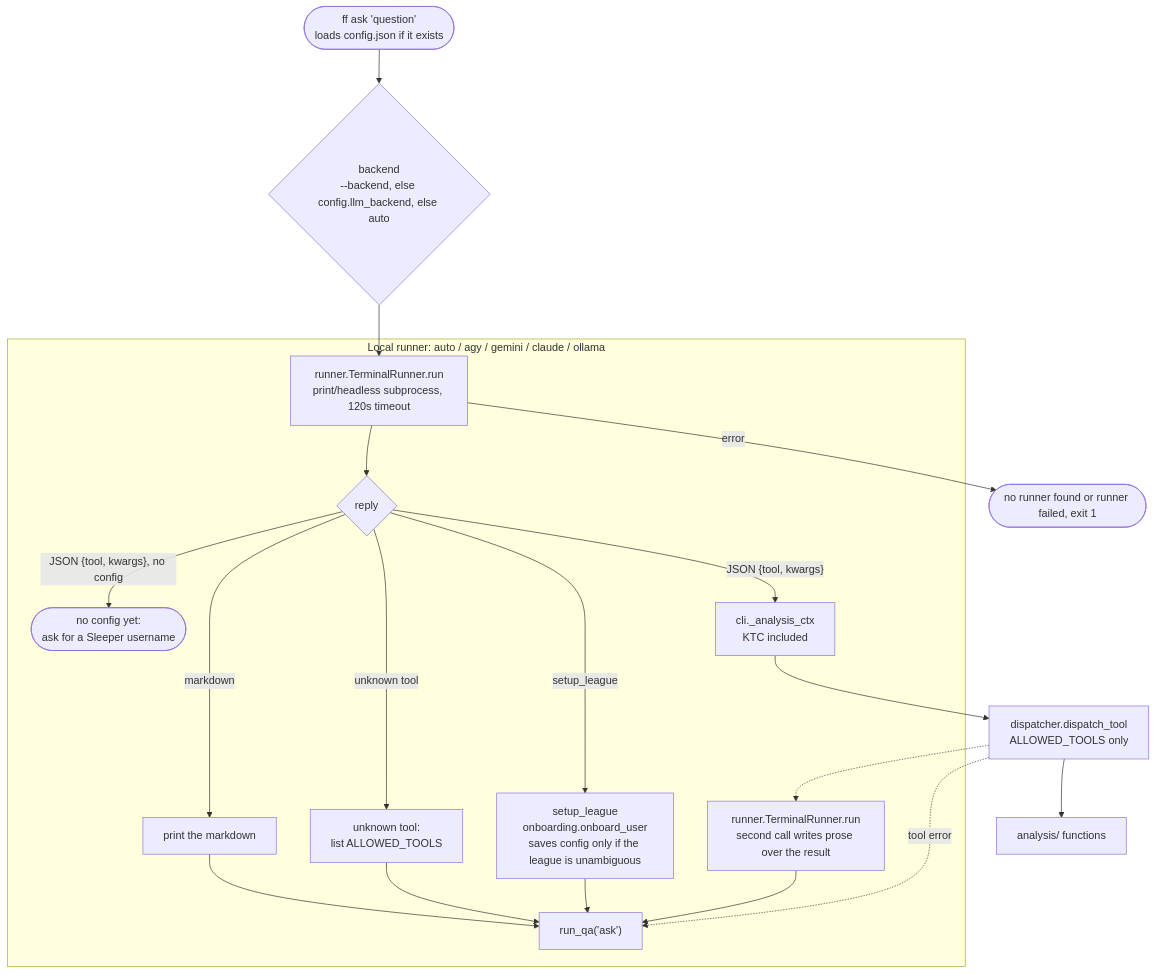
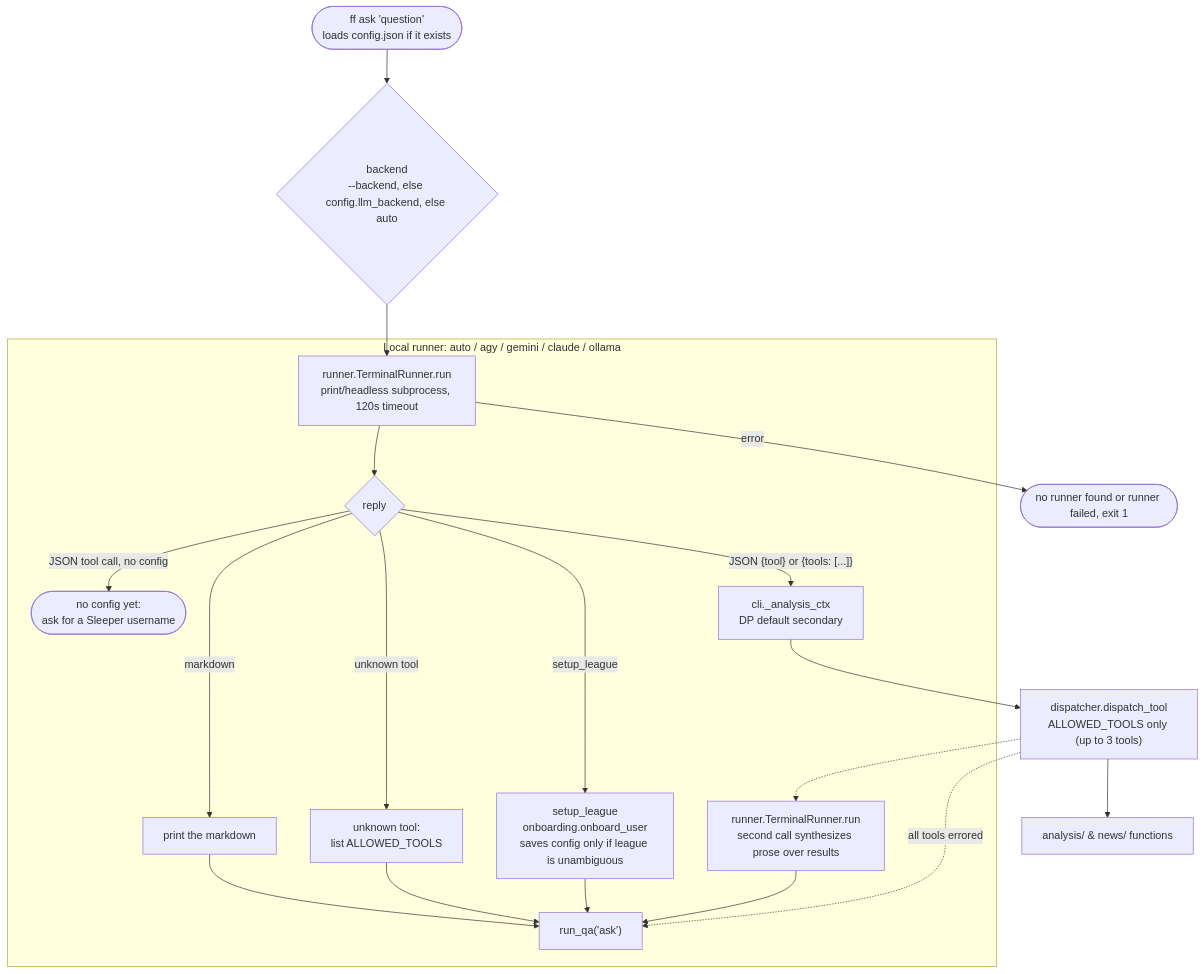
One commit to savvides/ff changed the seventh of 7 diagrams in docs/architecture.md. Above: the diagram before and after it, drawn with Mermaid. The commit also changed other lines of this file and 10 other files, not shown here.

````diff
--- a/docs/architecture.md
+++ b/docs/architecture.md
@@ -355,35 +346,33 @@
 ```mermaid
 flowchart TD
   q(["ff ask 'question'<br/>loads config.json if it exists"])
   pick{"backend<br/>--backend, else config.llm_backend, else auto"}
 
   subgraph localpath["Local runner: auto / agy / gemini / claude / ollama"]
     run1["runner.TerminalRunner.run<br/>print/headless subprocess, 120s timeout"]
     reply{"reply"}
     prose1["print the markdown"]
-    onboard["setup_league<br/>onboarding.onboard_user<br/>saves config only if the league is unambiguous"]
+    onboard["setup_league<br/>onboarding.onboard_user<br/>saves config only if league is unambiguous"]
     unknown["unknown tool:<br/>list ALLOWED_TOOLS"]
     nocfg(["no config yet:<br/>ask for a Sleeper username"])
-    ctxl["cli._analysis_ctx<br/>KTC included"]
-    run2["runner.TerminalRunner.run<br/>second call writes prose over the result"]
+    ctxl["cli._analysis_ctx<br/>DP default secondary"]
+    run2["runner.TerminalRunner.run<br/>second call synthesizes prose over results"]
     qal["run_qa('ask')"]
   end
 
   rerr(["no runner found or runner failed, exit 1"])
-  dispatch["dispatcher.dispatch_tool<br/>ALLOWED_TOOLS only"]
-  analysis["analysis/ functions"]
+  dispatch["dispatcher.dispatch_tool<br/>ALLOWED_TOOLS only (up to 3 tools)"]
+  analysis["analysis/ & news/ functions"]
 
-  q --> pick
-  pick --> run1
+  q --> pick --> run1
   run1 -- error --> rerr
   run1 --> reply
   reply -- markdown --> prose1 --> qal
   reply -- unknown tool --> unknown --> qal
   reply -- setup_league --> onboard --> qal
-  reply -- "JSON {tool, kwargs}, no config" --> nocfg
-  reply -- "JSON {tool, kwargs}" --> ctxl --> dispatch
+  reply -- "JSON tool call, no config" --> nocfg
+  reply -- "JSON {tool} or {tools: [...]}" --> ctxl --> dispatch
   dispatch -.-> run2 --> qal
-  dispatch -. "tool error" .-> qal
-
+  dispatch -. "all tools errored" .-> qal
   dispatch --> analysis
 ```
````
